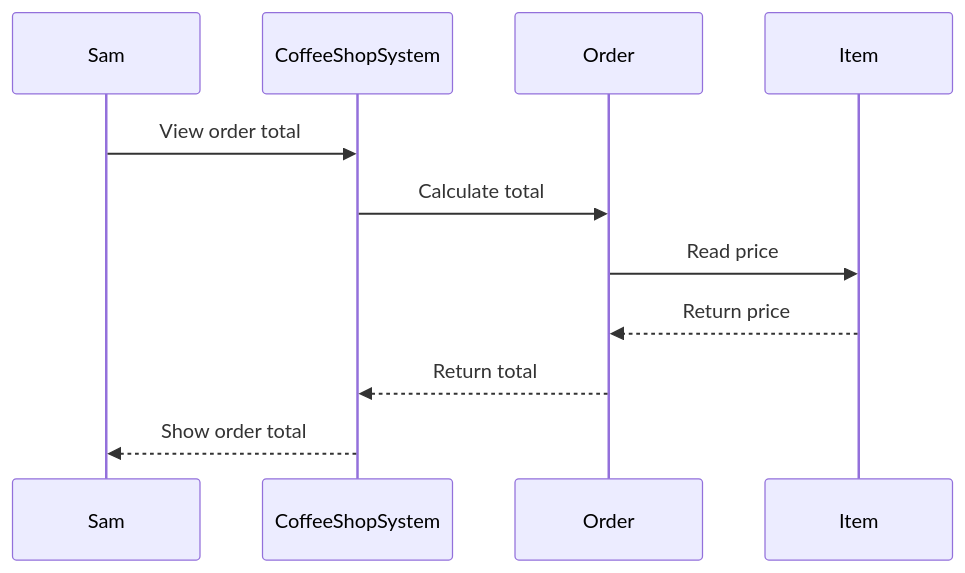
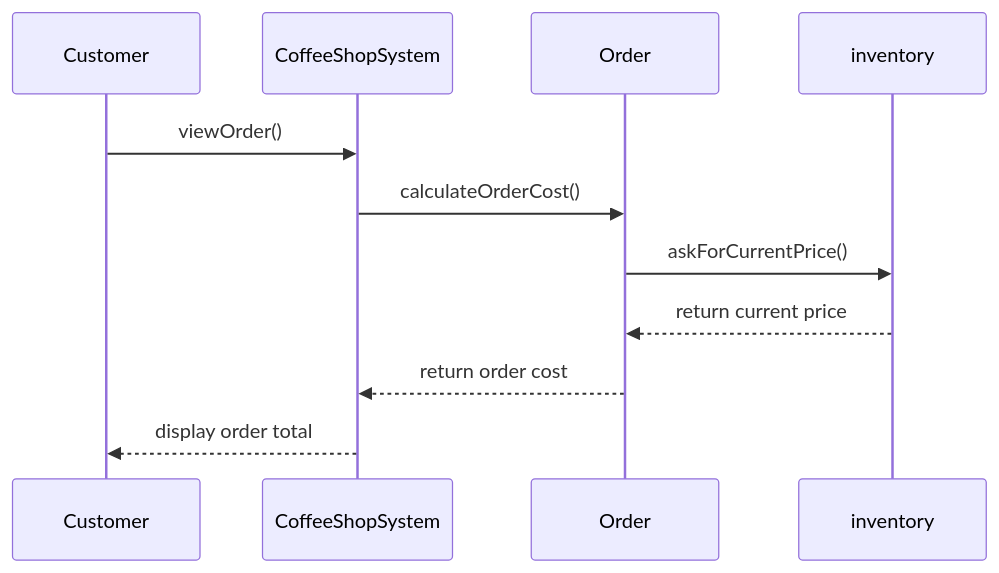
One commit to Anthony-Vang11/ICS372-AnthonyVang changed the third of 3 diagrams in week-04/Individual_sketch2.md. Above: the diagram before and after it, drawn with Mermaid. The commit also changed other lines of this file, not shown here.

Commit message:
Update sequence diagrams for order process

````diff
--- a/week-04/Individual_sketch2.md
+++ b/week-04/Individual_sketch2.md
@@ -49,14 +53,14 @@
 ```mermaid
 sequenceDiagram
-    participant Sam
+    participant Customer
     participant CoffeeShopSystem
     participant Order
-    participant Item
+    participant inventory
 
-    Sam->>CoffeeShopSystem: View order total
-    CoffeeShopSystem->>Order: Calculate total
-    Order->>Item: Read price
-    Item-->>Order: Return price
-    Order-->>CoffeeShopSystem: Return total
-    CoffeeShopSystem-->>Sam: Show order total
+    Customer->>CoffeeShopSystem: viewOrder()
+    CoffeeShopSystem->>Order: calculateOrderCost()
+    Order->>inventory: askForCurrentPrice()
+    inventory-->>Order: return current price
+    Order-->>CoffeeShopSystem: return order cost
+    CoffeeShopSystem-->>Customer: display order total
 ```
````
